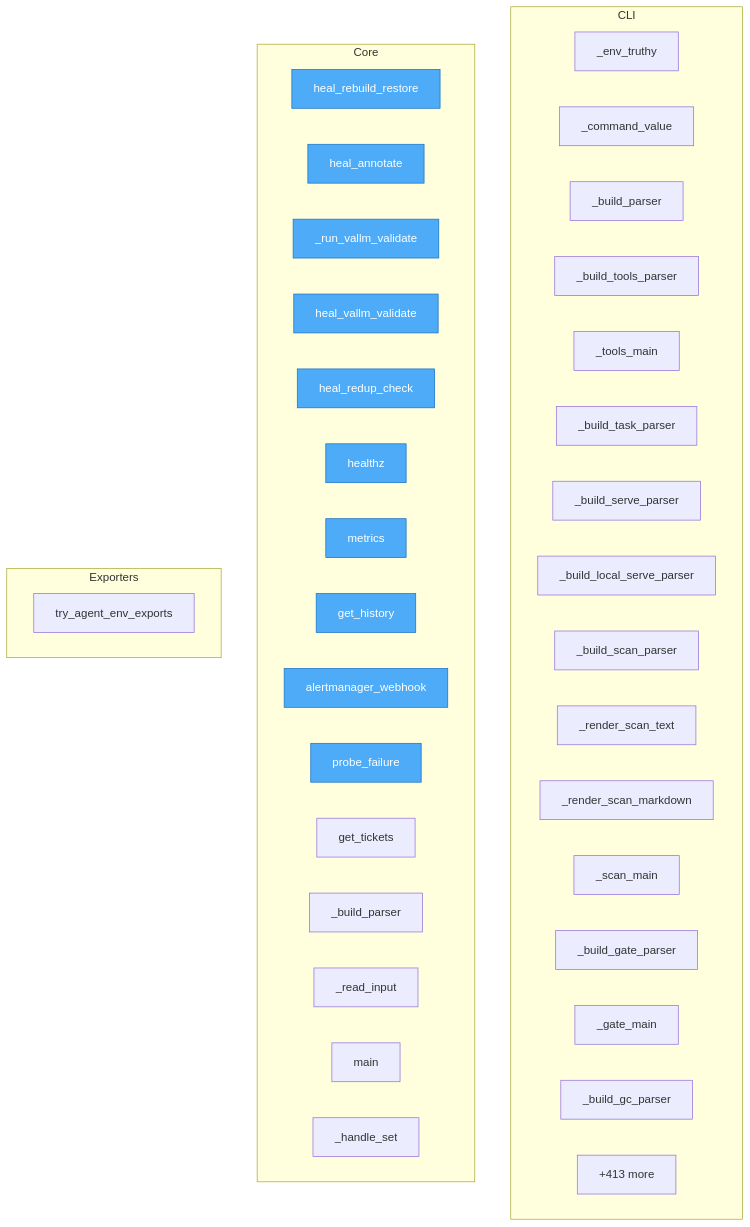
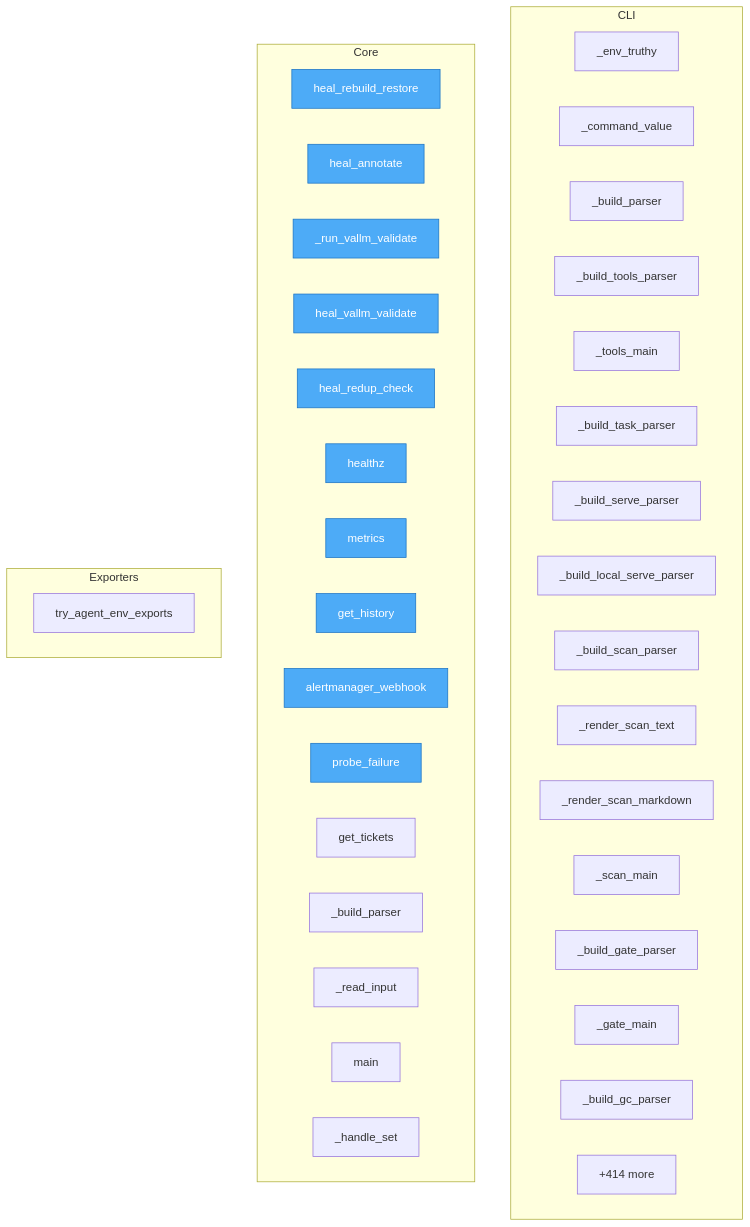
Before and after one commit to semcod/koru: the diagram in project/flow.mmd, drawn with Mermaid. The commit also changed 27 other files, not shown here.

```diff
--- a/project/flow.mmd
+++ b/project/flow.mmd
@@ -1,49 +1,49 @@
 flowchart TD
-%% generated in 0.06s
+%% generated in 0.03s
 
     %% Entry points (blue)
     classDef entry fill:#4dabf7,stroke:#1971c2,color:#fff
 
     subgraph CLI
         koru__cli___env_truthy["_env_truthy"]
         koru__cli___command_value["_command_value"]
         koru__cli___build_parser["_build_parser"]
         koru__cli___build_tools_parser["_build_tools_parser"]
         koru__cli___tools_main["_tools_main"]
         koru__cli___build_task_parser["_build_task_parser"]
         koru__cli___build_serve_parser["_build_serve_parser"]
         koru__cli___build_local_serve_parser["_build_local_serve_parser"]
         koru__cli___build_scan_parser["_build_scan_parser"]
         koru__cli___render_scan_text["_render_scan_text"]
         koru__cli___render_scan_markdown["_render_scan_markdown"]
         koru__cli___scan_main["_scan_main"]
         koru__cli___build_gate_parser["_build_gate_parser"]
         koru__cli___gate_main["_gate_main"]
         koru__cli___build_gc_parser["_build_gc_parser"]
         ...["+47 more"]
     end
 
     subgraph Core
         services__healing_webhook__app__heal_rebuild_restore["heal_rebuild_restore"]
         services__healing_webhook__app__heal_annotate["heal_annotate"]
         services__healing_webhook__app___run_vallm_validate["_run_vallm_validate"]
         services__healing_webhook__app__heal_vallm_validate["heal_vallm_validate"]
         services__healing_webhook__app__heal_redup_check["heal_redup_check"]
         services__healing_webhook__app__healthz["healthz"]
         services__healing_webhook__app__metrics["metrics"]
         services__healing_webhook__app__get_history["get_history"]
         services__healing_webhook__app__alertmanager_webhook["alertmanager_webhook"]
         services__healing_webhook__app__probe_failure["probe_failure"]
         services__healing_webhook__app__get_tickets["get_tickets"]
         src__korudsl__cli___build_parser["_build_parser"]
         src__korudsl__cli___read_input["_read_input"]
         src__korudsl__cli__main["main"]
         src__korudsl__library___handle_set["_handle_set"]
-        ...["+413 more"]
+        ...["+414 more"]
     end
 
     subgraph Exporters
         src__koru__agent_cli_helpers__try_agent_env_exports["try_agent_env_exports"]
     end
 
     class services__healing_webhook__app__heal_rebuild_restore,services__healing_webhook__app__heal_annotate,services__healing_webhook__app___run_vallm_validate,services__healing_webhook__app__heal_vallm_validate,services__healing_webhook__app__heal_redup_check,services__healing_webhook__app__healthz,services__healing_webhook__app__metrics,services__healing_webhook__app__get_history,services__healing_webhook__app__alertmanager_webhook,services__healing_webhook__app__probe_failure entry
```
